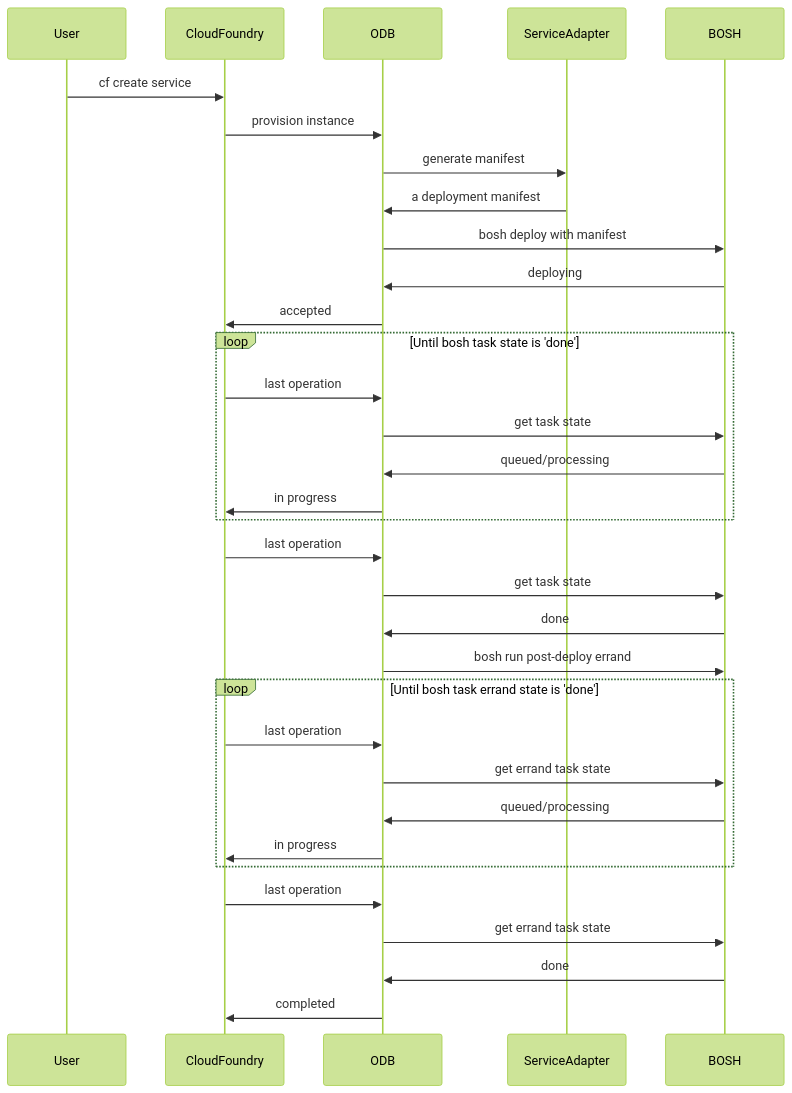
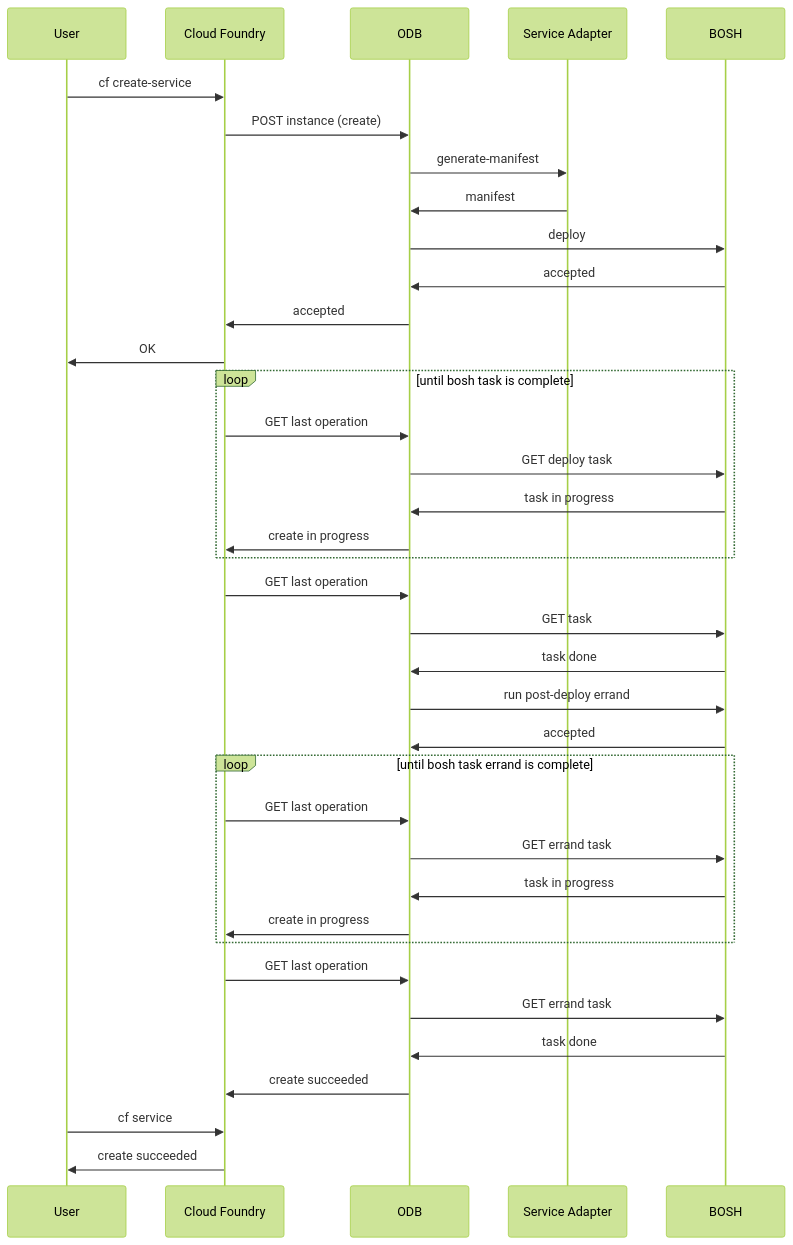
One commit to pivotal-cf/docs-on-demand-service-broker changed the diagram in mmd/create_post_deploy_workflow.mmd. Above: the diagram before and after it, drawn with Mermaid (forest theme). The commit also changed other lines of this file and 11 other files, not shown here.

First line of the commit message:
Full service of sequence diagrams

```diff
--- a/mmd/create_post_deploy_workflow.mmd
+++ b/mmd/create_post_deploy_workflow.mmd
@@ -1,30 +1,34 @@
 <div class="mermaid">
 sequenceDiagram
-  User->> CloudFoundry: cf create service
-  CloudFoundry->> ODB: provision instance
-  ODB->>ServiceAdapter: generate manifest
-  ServiceAdapter->>ODB: a deployment manifest
-  ODB->>BOSH: bosh deploy with manifest
-  BOSH->>ODB: deploying
-  ODB->>CloudFoundry: accepted
-  loop Until bosh task state is 'done'
-    CloudFoundry->>ODB:last operation
-    ODB->>BOSH:get task state
-    BOSH->>ODB:queued/processing
-    ODB->>CloudFoundry:in progress
+  User->> Cloud Foundry: cf create-service
+  Cloud Foundry->> ODB: POST instance (create)
+  ODB->>Service Adapter: generate-manifest
+  Service Adapter->>ODB: manifest
+  ODB->>BOSH: deploy
+  BOSH->>ODB: accepted
+  ODB->>Cloud Foundry: accepted
+  Cloud Foundry->>User: OK
+  loop until bosh task is complete
+    Cloud Foundry->>ODB: GET last operation
+    ODB->>BOSH: GET deploy task
+    BOSH->>ODB: task in progress
+    ODB->>Cloud Foundry: create in progress
   end
-  CloudFoundry->>ODB:last operation
-  ODB->>BOSH:get task state
-  BOSH->>ODB:done
-  ODB->>BOSH: bosh run post-deploy errand
- loop Until bosh task errand state is 'done'
-    CloudFoundry->>ODB:last operation
-    ODB->>BOSH:get errand task state
-    BOSH->>ODB:queued/processing
-    ODB->>CloudFoundry:in progress
+  Cloud Foundry->>ODB: GET last operation
+  ODB->>BOSH: GET task
+  BOSH->>ODB: task done
+  ODB->>BOSH: run post-deploy errand
+  BOSH->>ODB: accepted
+  loop until bosh task errand is complete
+    Cloud Foundry->>ODB:GET last operation
+    ODB->>BOSH:GET errand task
+    BOSH->>ODB:task in progress
+    ODB->>Cloud Foundry:create in progress
   end
-  CloudFoundry->>ODB:last operation
-  ODB->>BOSH:get errand task state
-  BOSH->>ODB:done
-  ODB->>CloudFoundry:completed
+  Cloud Foundry->>ODB:GET last operation
+  ODB->>BOSH:GET errand task
+  BOSH->>ODB:task done
+  ODB->>Cloud Foundry:create succeeded
+  User->>Cloud Foundry:cf service
+  Cloud Foundry->>User: create succeeded
 </div>
```
